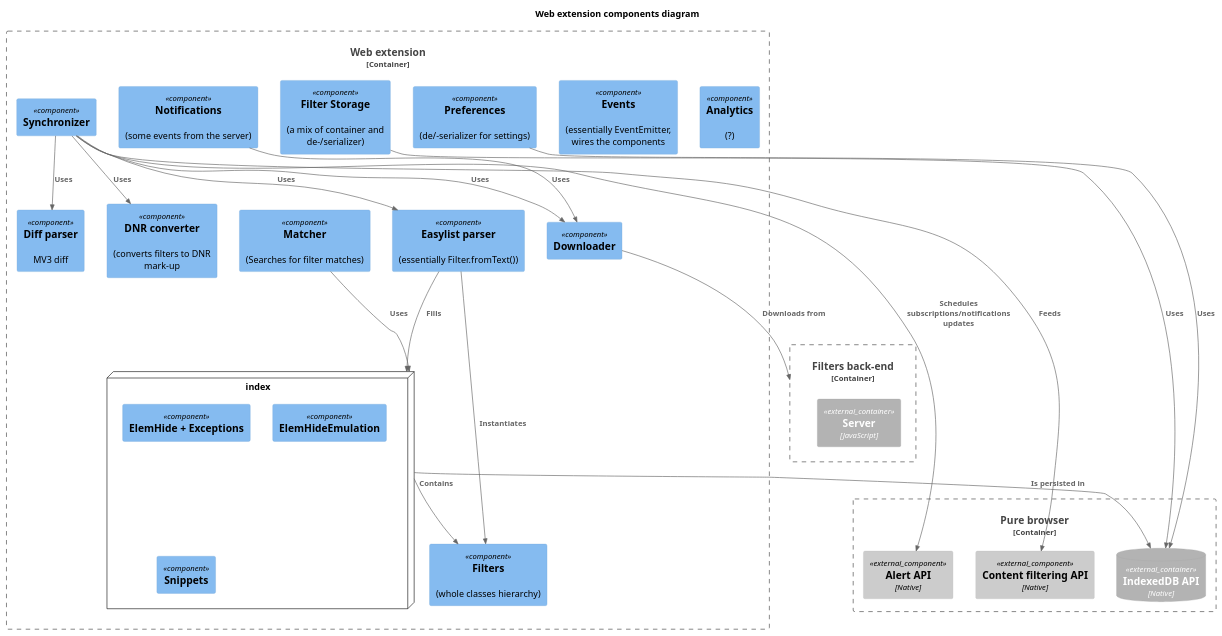
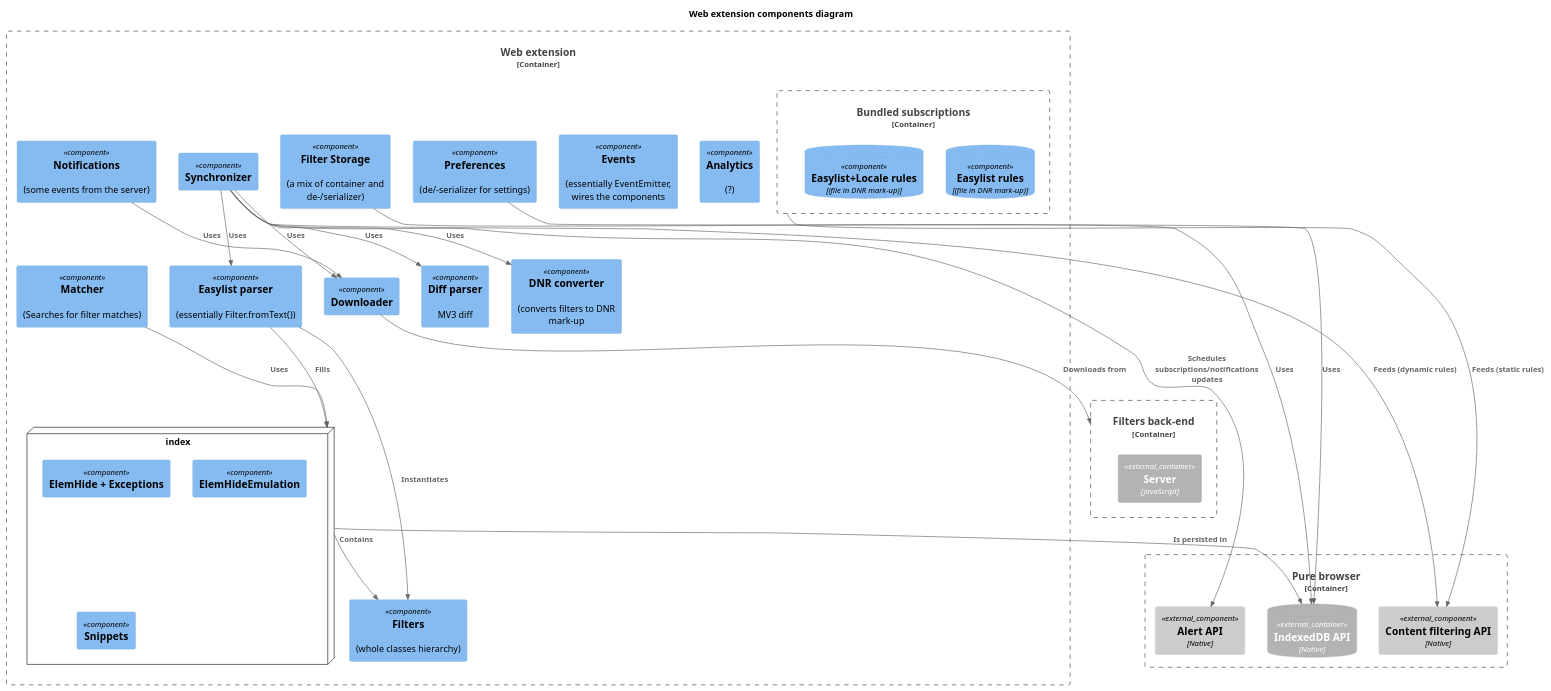
Before and after one commit to 4ntoine/mv3_spec_c4: the diagram in components_webext.puml, drawn with PlantUML.

Commit message:
Add bundled subscriptions.

```diff
--- a/components_webext.puml
+++ b/components_webext.puml
@@ -1,58 +1,64 @@
 @startuml
 !include https://raw.githubusercontent.com/plantuml-stdlib/C4-PlantUML/master/C4_Container.puml
 !include https://raw.githubusercontent.com/plantuml-stdlib/C4-PlantUML/master/C4_Component.puml
 
 title Web extension components diagram
 
 ' container itself
 Container_Boundary(webext, "Web extension") {
   Component(analytics, "Analytics", "", "(?)")
   Component(events, "Events", "", "(essentially EventEmitter, wires the components")
   Component(filters, "Filters", "", "(whole classes hierarchy)")
   Component(easylistParser, "Easylist parser", "", "(essentially Filter.fromText())")
   Component(diffParser, "Diff parser", "", "MV3 diff")
   Component(synchronizer, "Synchronizer")
   Component(downloader, "Downloader")
   Component(dnrConverter, "DNR converter", "", "(converts filters to DNR mark-up")
   Component(matcher, "Matcher", "", "(Searches for filter matches)")
   
   Component(notifications, "Notifications", "", "(some events from the server)")
   Component(filterStorage, "Filter Storage", "", "(a mix of container and de-/serializer)")
   Component(prefs, "Preferences", "", "(de/-serializer for settings)")
 
   node index {
     Component(elemHide, "ElemHide + Exceptions")
     Component(elemHideEmu, "ElemHideEmulation")
     Component(snippets, "Snippets")
   }
+
+  Container_Boundary(bundled_subscriptions, "Bundled subscriptions") {
+    ComponentDb(sub1_dnr_rules, "Easylist rules", "(file in DNR mark-up)")
+    ComponentDb(sub2_dnr_rules, "Easylist+Locale rules", "(file in DNR mark-up)")
+  }
 }
 
 ' external container
 Container_Boundary(browser, "Pure browser", "") {
   ContainerDb_Ext(indexeddb, "IndexedDB API", "Native")
   Component_Ext(schedulers, "Alert API", "Native")
   Component_Ext(browserCore, "Content filtering API", "Native")
 }
 
 ' external container
 Container_Boundary(backEnd, "Filters back-end", "") {
   Container_Ext(server, "Server", "JavaScript")
 }
 
 ' relations
 Rel(synchronizer, downloader, "Uses")
 Rel(synchronizer, easylistParser, "Uses")
 Rel(synchronizer, diffParser, "Uses")
 Rel(easylistParser, filters, "Instantiates")
 Rel(easylistParser, index, "Fills")
 Rel(index, filters, "Contains")
 Rel(index, indexeddb, "Is persisted in")
 Rel(downloader, backEnd, "Downloads from")
 Rel(synchronizer, schedulers, "Schedules subscriptions/notifications updates")
 Rel(synchronizer, dnrConverter, "Uses")
-Rel(synchronizer, browserCore, "Feeds")
+Rel(synchronizer, browserCore, "Feeds (dynamic rules)")
 Rel(matcher, index, "Uses")
 Rel(notifications, downloader, "Uses")
 Rel(filterStorage, indexeddb, "Uses")
 Rel(prefs, indexeddb, "Uses")
+Rel(bundled_subscriptions, browserCore, "Feeds (static rules)")
 @enduml
```
